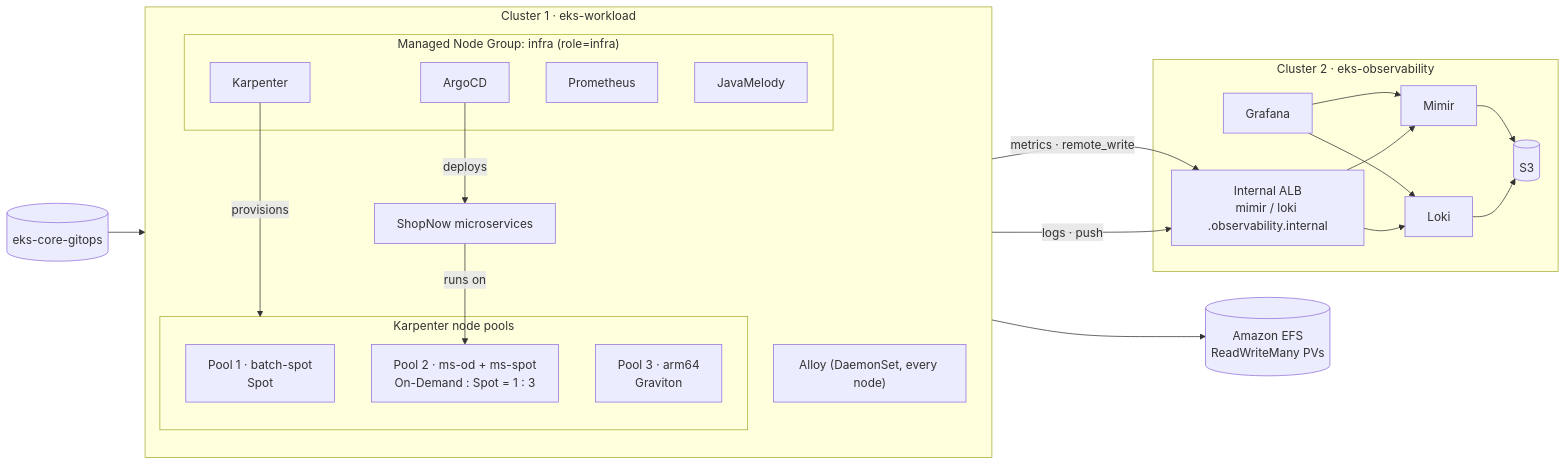
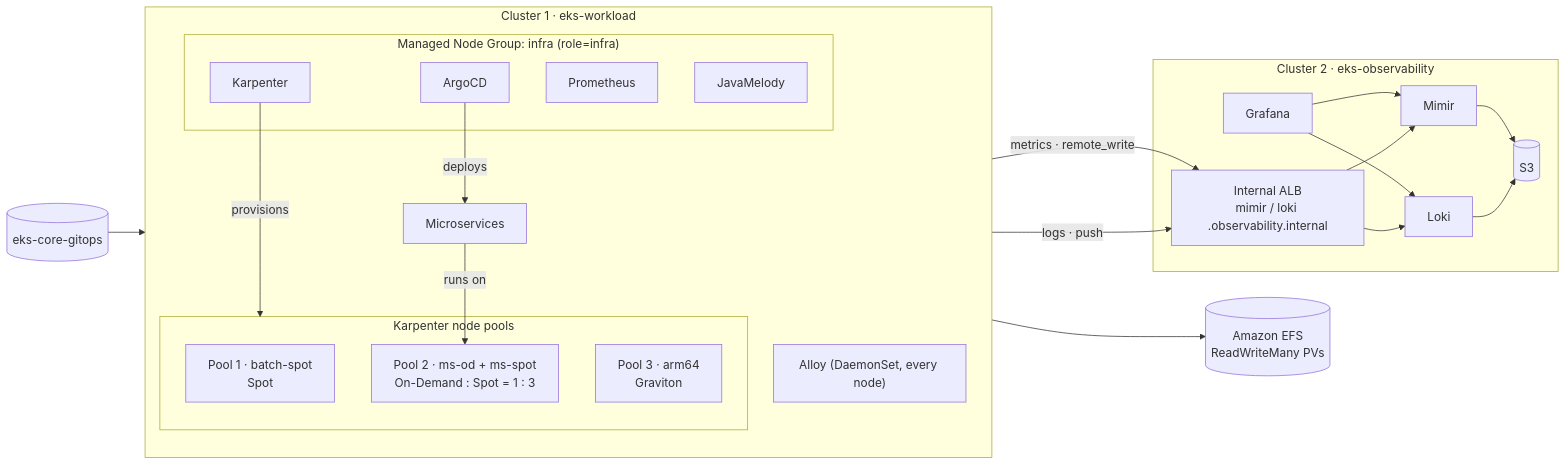
Before and after one commit to tranvix0910/eks-core-docs: the diagram in i18n/vi/docusaurus-plugin-content-docs/current/00-architecture/01-architecture-overview.md, drawn with Mermaid. The commit also changed other lines of this file and 59 other files, not shown here.

````diff
--- a/i18n/vi/docusaurus-plugin-content-docs/current/00-architecture/01-architecture-overview.md
+++ b/i18n/vi/docusaurus-plugin-content-docs/current/00-architecture/01-architecture-overview.md
@@ -50,35 +50,35 @@
 ```mermaid
 flowchart LR
   Git[(eks-core-gitops)] --> Argo
   subgraph C1["Cluster 1 · eks-workload"]
     direction TB
     subgraph MNG["Managed Node Group: infra (role=infra)"]
       Argo[ArgoCD]
       K[Karpenter]
       P[Prometheus]
       J[JavaMelody]
     end
     subgraph Pools["Karpenter node pools"]
       B["Pool 1 · batch-spot<br/>Spot"]
       M["Pool 2 · ms-od + ms-spot<br/>On-Demand : Spot = 1 : 3"]
       A["Pool 3 · arm64<br/>Graviton"]
     end
-    App["ShopNow microservices"]
+    App["Microservices"]
     Alloy["Alloy (DaemonSet, every node)"]
     Argo -- deploys --> App
     App -- runs on --> M
     K -- provisions --> Pools
   end
   App --> EFS[("Amazon EFS<br/>ReadWriteMany PVs")]
   P -- "metrics · remote_write" --> ALB
   Alloy -- "logs · push" --> ALB
   subgraph C2["Cluster 2 · eks-observability"]
     ALB["Internal ALB<br/>mimir / loki .observability.internal"]
     Mimir --> S3[(S3)]
     Loki --> S3
     G[Grafana] --> Mimir
     G --> Loki
   end
   ALB --> Mimir
   ALB --> Loki
 ```
````
